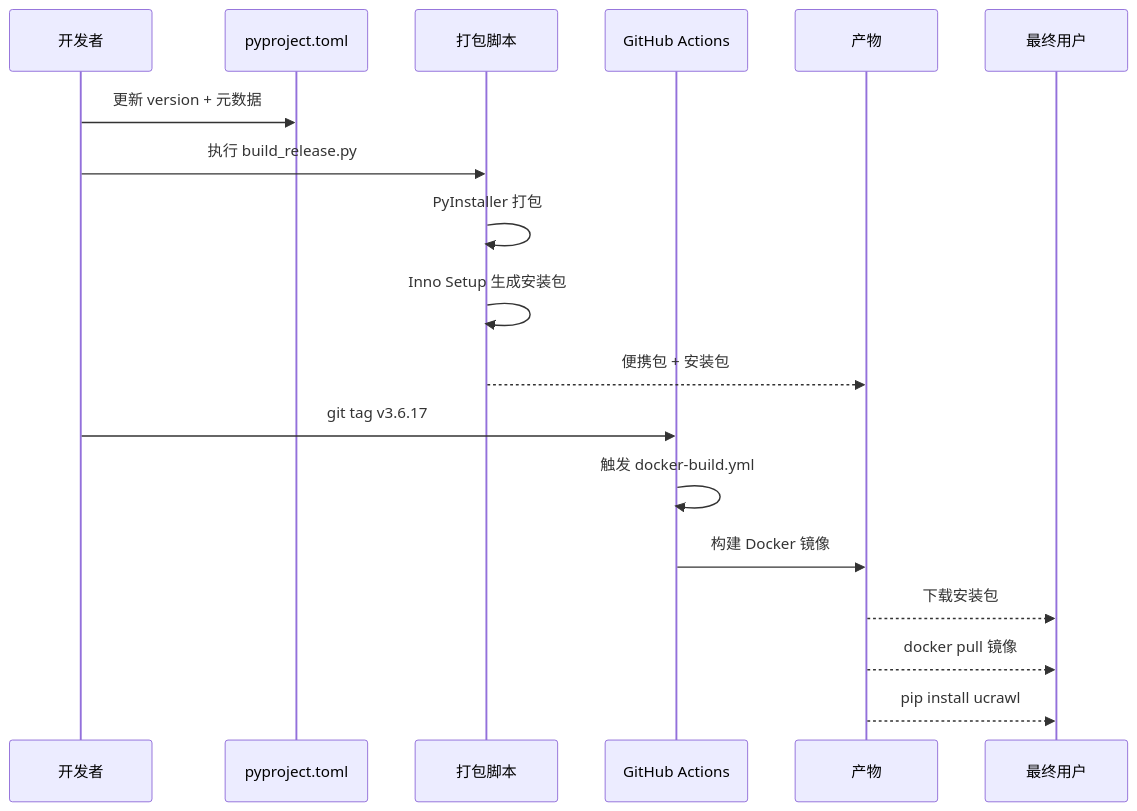
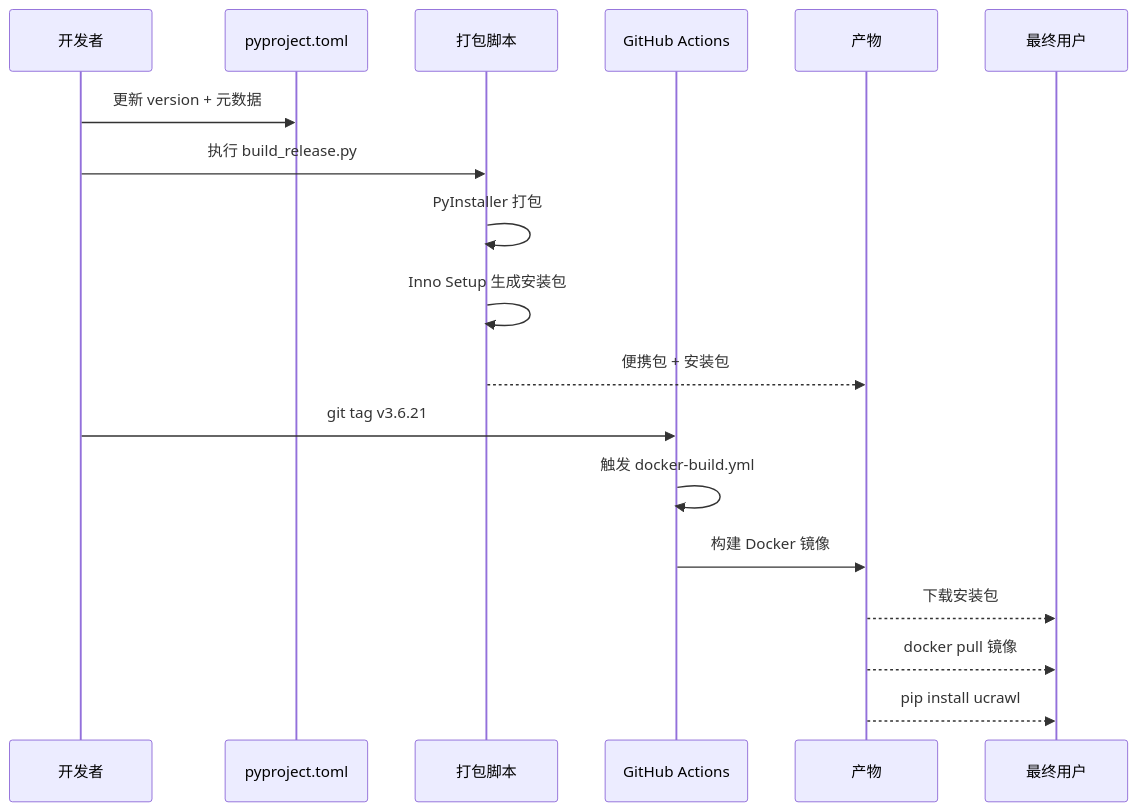
One commit to haohaizi554/UniversalCrawler changed the fifth of 5 diagrams in mermaid/10-packaging-and-delivery.md. Above: the diagram before and after it, drawn with Mermaid. The commit also changed other lines of this file and 23 other files, not shown here.

````diff
--- a/mermaid/10-packaging-and-delivery.md
+++ b/mermaid/10-packaging-and-delivery.md
@@ -151,23 +151,23 @@
 ```mermaid
 sequenceDiagram
     participant Dev as 开发者
     participant Ver as pyproject.toml
     participant Build as 打包脚本
     participant CI as GitHub Actions
     participant Artifact as 产物
     participant User as 最终用户
 
     Dev->>Ver: 更新 version + 元数据
     Dev->>Build: 执行 build_release.py
     Build->>Build: PyInstaller 打包
     Build->>Build: Inno Setup 生成安装包
     Build-->>Artifact: 便携包 + 安装包
     
-    Dev->>CI: git tag v3.6.17
+    Dev->>CI: git tag v3.6.21
     CI->>CI: 触发 docker-build.yml
     CI->>Artifact: 构建 Docker 镜像
     
     Artifact-->>User: 下载安装包
     Artifact-->>User: docker pull 镜像
     Artifact-->>User: pip install ucrawl
 ```
````
